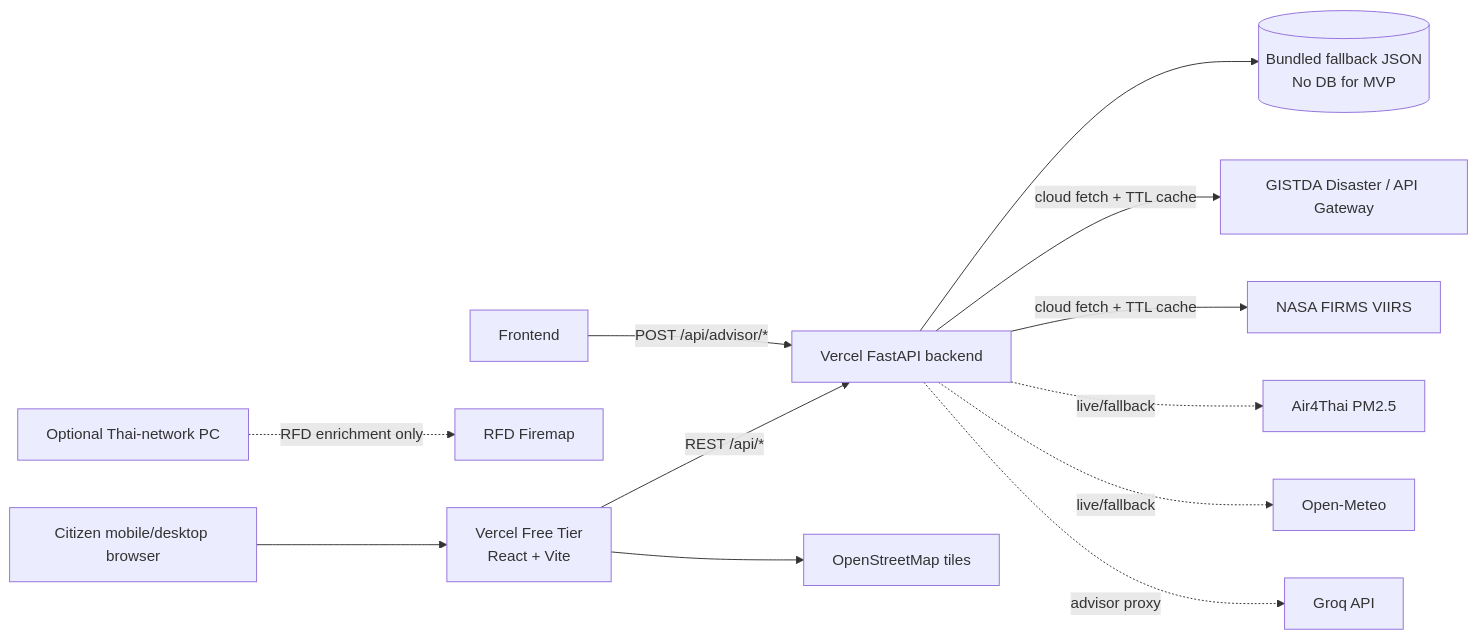
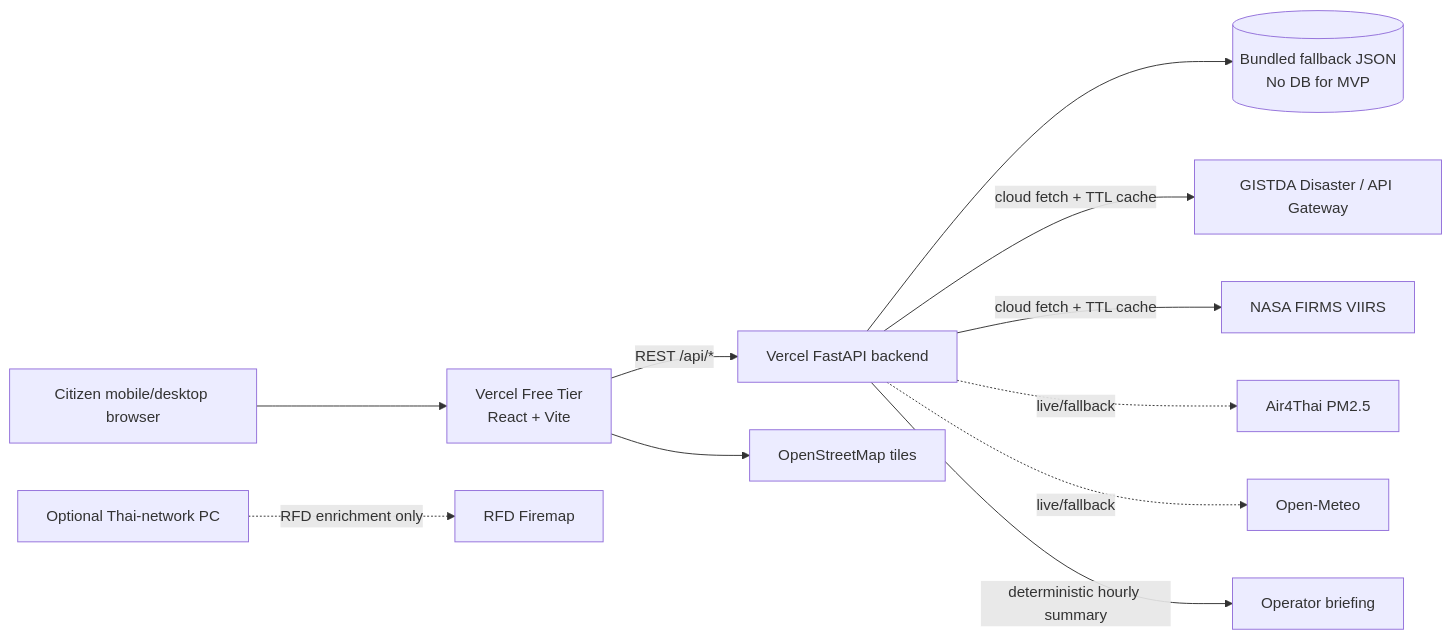
One commit to 67010655/ChiangMaiEyes changed the diagram in docs/ARCHITECTURE.md. Above: the diagram before and after it, drawn with Mermaid. The commit also changed other lines of this file and 7 other files, not shown here.

Commit message:
feat: replace AI briefing with deterministic hourly summary

````diff
--- a/docs/ARCHITECTURE.md
+++ b/docs/ARCHITECTURE.md
@@ -5,14 +5,13 @@
 ```mermaid
 flowchart LR
   Citizen[Citizen mobile/desktop browser] --> Vercel[Vercel Free Tier\nReact + Vite]
   Vercel -->|REST /api/*| Backend[Vercel FastAPI backend]
   Backend --> Cache[(Bundled fallback JSON\nNo DB for MVP)]
   Backend -->|cloud fetch + TTL cache| GISTDA[GISTDA Disaster / API Gateway]
   Backend -->|cloud fetch + TTL cache| FIRMS[NASA FIRMS VIIRS]
   ThaiPC[Optional Thai-network PC] -. RFD enrichment only .-> RFD[RFD Firemap]
   Backend -. live/fallback .-> Air4Thai[Air4Thai PM2.5]
   Backend -. live/fallback .-> OpenMeteo[Open-Meteo]
-  Frontend -->|POST /api/advisor/*| Backend
-  Backend -. advisor proxy .-> Groq[Groq API]
+  Backend -->|deterministic hourly summary| Summary[Operator briefing]
   Vercel --> OSM[OpenStreetMap tiles]
 ```
````
